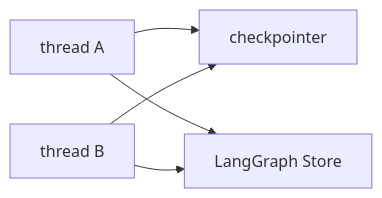
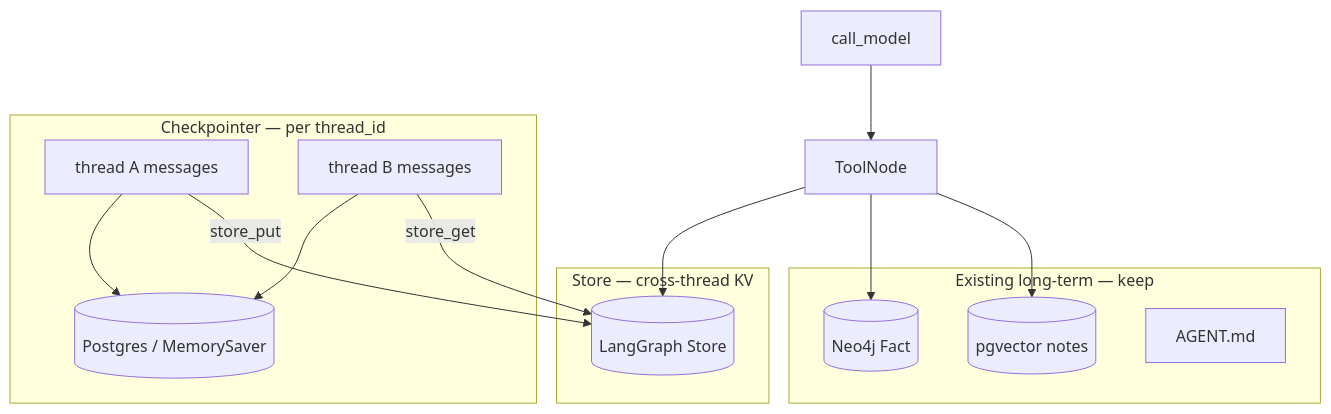
The diagram in docs/milestones/M30-langgraph-store.md (CharlotteYW/mini-claude-code), drawn with Mermaid before and after one commit. The commit also changed other lines of this file and 16 other files, not shown here.

First line of the commit message:
Ship M30 LangGraph Store for cross-thread key-value memory.

````diff
--- a/docs/milestones/M30-langgraph-store.md
+++ b/docs/milestones/M30-langgraph-store.md
@@ -30,7 +46,25 @@
 ```mermaid
-flowchart LR
-  T1[thread A] --> CP[checkpointer]
-  T2[thread B] --> CP
-  T1 --> Store[LangGraph Store]
-  T2 --> Store
+flowchart TB
+  subgraph threads [Checkpointer — per thread_id]
+    T1[thread A messages]
+    T2[thread B messages]
+    T1 --> CP[(Postgres / MemorySaver)]
+    T2 --> CP
+  end
+
+  subgraph cross [Store — cross-thread KV]
+    T1 -->|store_put| ST[(LangGraph Store)]
+    T2 -->|store_get| ST
+  end
+
+  subgraph semantic [Existing long-term — keep]
+    Neo[(Neo4j Fact)]
+    PV[(pgvector notes)]
+    MD[AGENT.md]
+  end
+
+  Model[call_model] --> Tools[ToolNode]
+  Tools --> ST
+  Tools --> Neo
+  Tools --> PV
 ```
````
